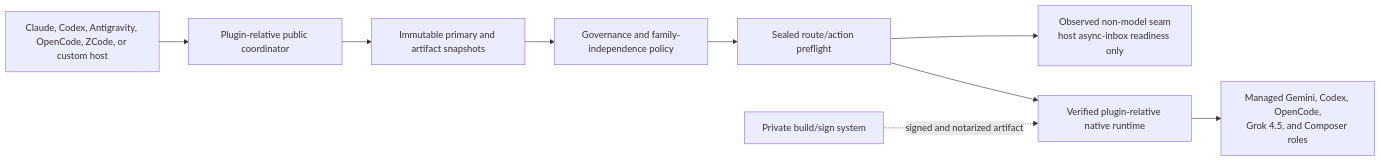
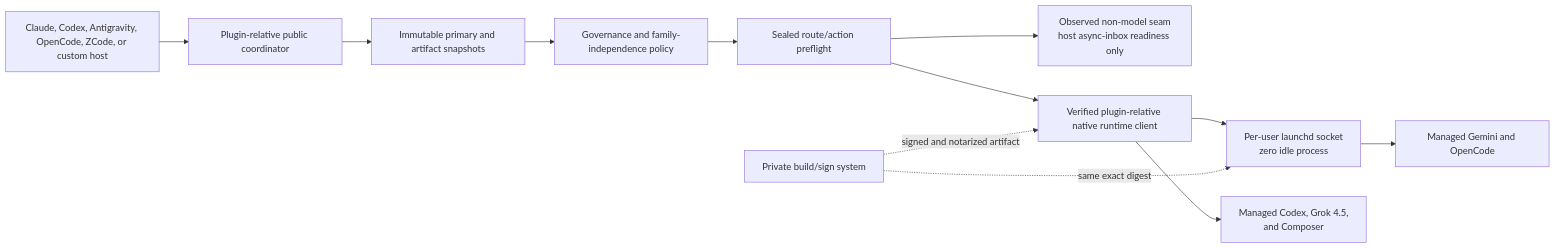
The diagram in README.md (sumitake/agent-collab), drawn with Mermaid before and after one commit. The commit also changed other lines of this file and 37 other files, not shown here.

````diff
--- a/README.md
+++ b/README.md
@@ -92,11 +102,14 @@
 ```mermaid
 flowchart LR
     H["Claude, Codex, Antigravity, OpenCode, ZCode, or custom host"] --> C0["Plugin-relative public coordinator"]
     C0 --> P["Immutable primary and artifact snapshots"]
     P --> G["Governance and family-independence policy"]
     G --> S["Sealed route/action preflight"]
     S --> N["Observed non-model seam<br/>host async-inbox readiness only"]
-    S --> C["Verified plugin-relative native runtime"]
-    C --> X["Managed Gemini, Codex, OpenCode,<br/>Grok 4.5, and Composer roles"]
+    S --> C["Verified plugin-relative native runtime client"]
+    C --> B["Per-user launchd socket<br/>zero idle process"]
+    B --> X1["Managed Gemini and OpenCode"]
+    C --> X2["Managed Codex, Grok 4.5,<br/>and Composer"]
     W["Private build/sign system"] -. "signed and notarized artifact" .-> C
+    W -. "same exact digest" .-> B
 ```
````
